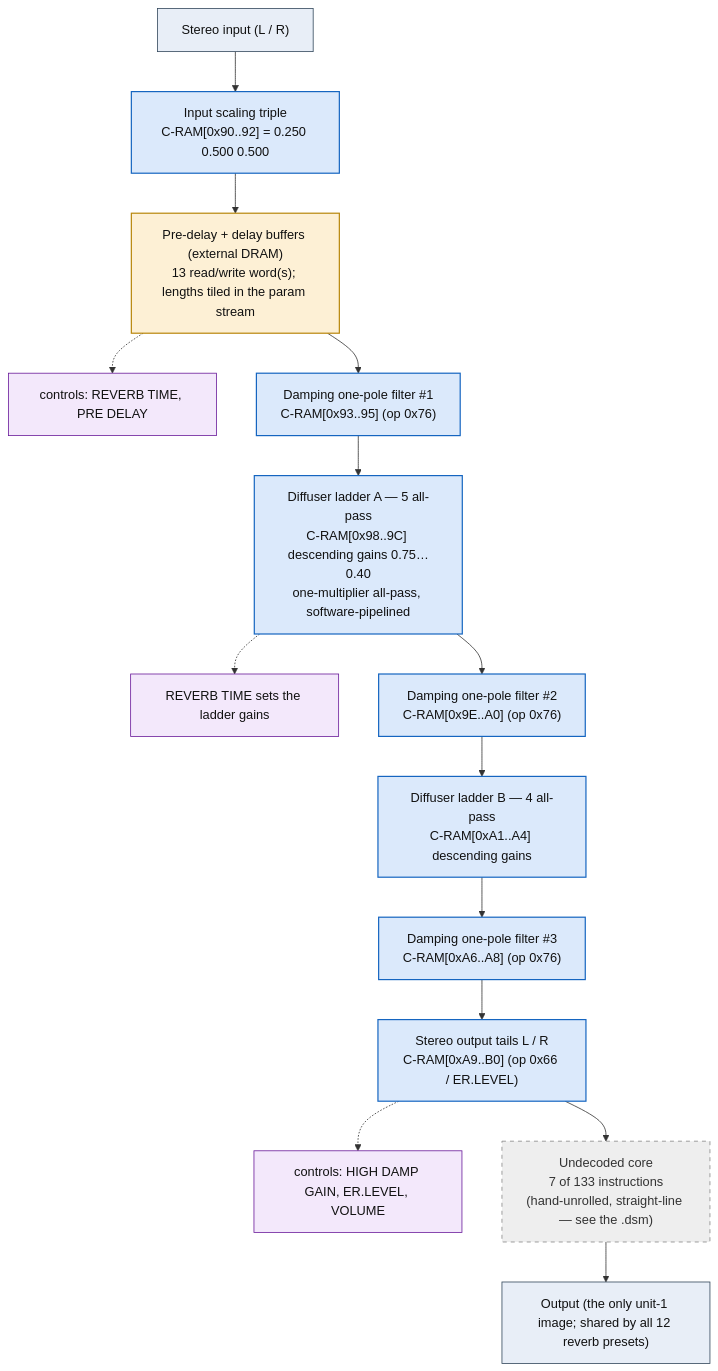
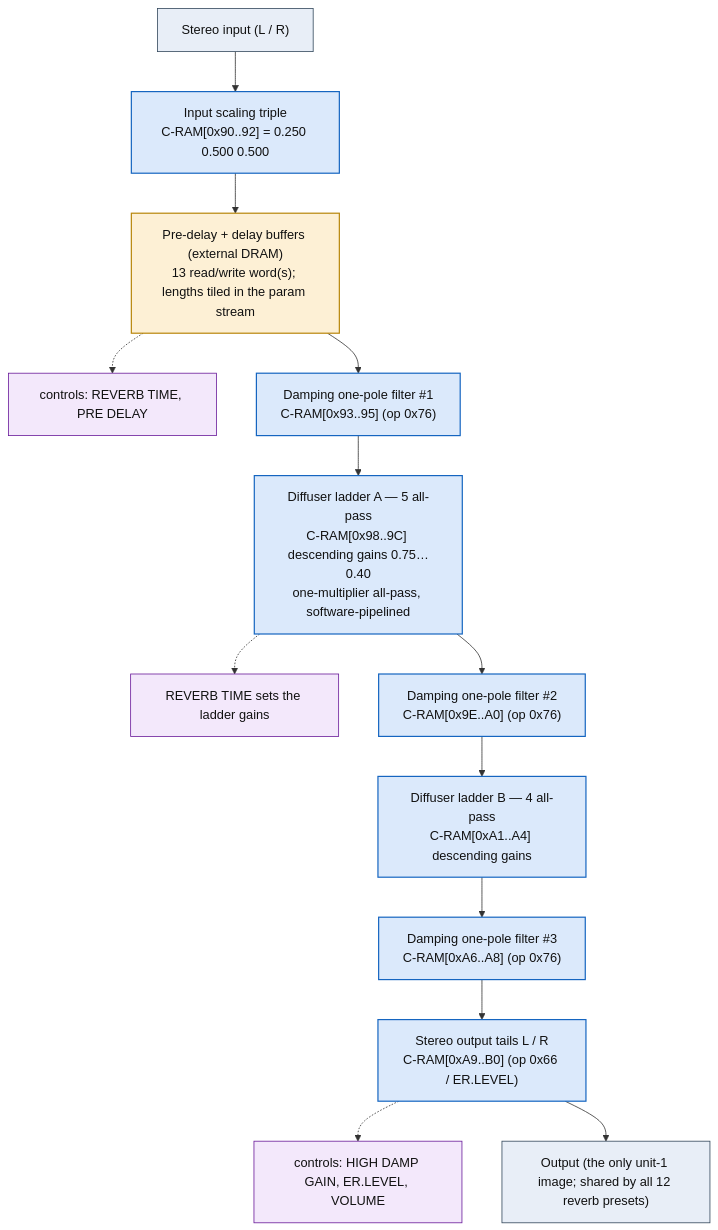
The diagram in dsp/flowcharts/prog16_room_reverb_1.md (ArqueologiaDigital/kn5000-roms-disasm), drawn with Mermaid before and after one commit. The commit also changed other lines of this file and 39 other files, not shown here.

First line of the commit message:
dsp: annotate all flowcharts with the classic effect topology each shape matches

````diff
--- a/dsp/flowcharts/prog16_room_reverb_1.md
+++ b/dsp/flowcharts/prog16_room_reverb_1.md
@@ -12,42 +12,39 @@
 ```mermaid
 flowchart TD
     N0["Stereo input (L / R)"]
     N1["Input scaling triple<br/>C-RAM[0x90..92] = 0.250 0.500 0.500"]
     N0 --> N1
     N2["Pre-delay + delay buffers (external DRAM)<br/>13 read/write word(s); lengths tiled in the param stream"]
     N1 --> N2
     N3["controls: REVERB TIME, PRE DELAY"]
     N2 -.-> N3
     N4["Damping one-pole filter #1<br/>C-RAM[0x93..95] (op 0x76)"]
     N2 --> N4
     N5["Diffuser ladder A &mdash; 5 all-pass<br/>C-RAM[0x98..9C] descending gains 0.75&hellip;0.40<br/>one-multiplier all-pass, software-pipelined"]
     N4 --> N5
     N6["REVERB TIME sets the ladder gains"]
     N5 -.-> N6
     N7["Damping one-pole filter #2<br/>C-RAM[0x9E..A0] (op 0x76)"]
     N5 --> N7
     N8["Diffuser ladder B &mdash; 4 all-pass<br/>C-RAM[0xA1..A4] descending gains"]
     N7 --> N8
     N9["Damping one-pole filter #3<br/>C-RAM[0xA6..A8] (op 0x76)"]
     N8 --> N9
     N10["Stereo output tails L / R<br/>C-RAM[0xA9..B0] (op 0x66 / ER.LEVEL)"]
     N9 --> N10
     N11["controls: HIGH DAMP GAIN, ER.LEVEL, VOLUME"]
     N10 -.-> N11
-    N12["Undecoded core<br/>7 of 133 instructions<br/>(hand-unrolled, straight-line &mdash; see the .dsm)"]
+    N12["Output (the only unit-1 image; shared by all 12 reverb presets)"]
     N10 --> N12
-    N13["Output (the only unit-1 image; shared by all 12 reverb presets)"]
-    N12 --> N13
 
     classDef io fill:#e8eef7,stroke:#33475b,stroke-width:1px,color:#111;
     classDef proven fill:#d7f0d7,stroke:#2e7d32,stroke-width:2px,color:#111;
     classDef measured fill:#dbe9fb,stroke:#1565c0,stroke-width:1.5px,color:#111;
     classDef inferred fill:#fdf0d5,stroke:#b8860b,stroke-width:1.5px,color:#111;
     classDef open fill:#eeeeee,stroke:#888,stroke-width:1px,color:#333,stroke-dasharray:5 5;
     classDef ctrl fill:#f3e8fb,stroke:#6a1b9a,stroke-width:1px,color:#111;
-    class N0,N13 io;
+    class N0,N12 io;
     class N1,N4,N5,N7,N8,N9,N10 measured;
     class N2 inferred;
     class N3,N6,N11 ctrl;
-    class N12 open;
 ```
````
